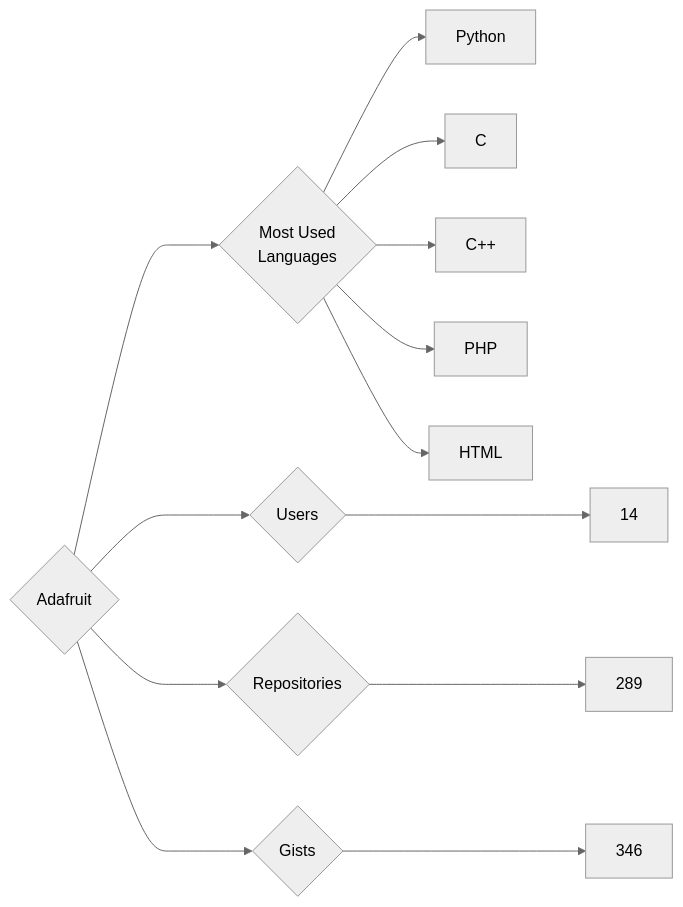
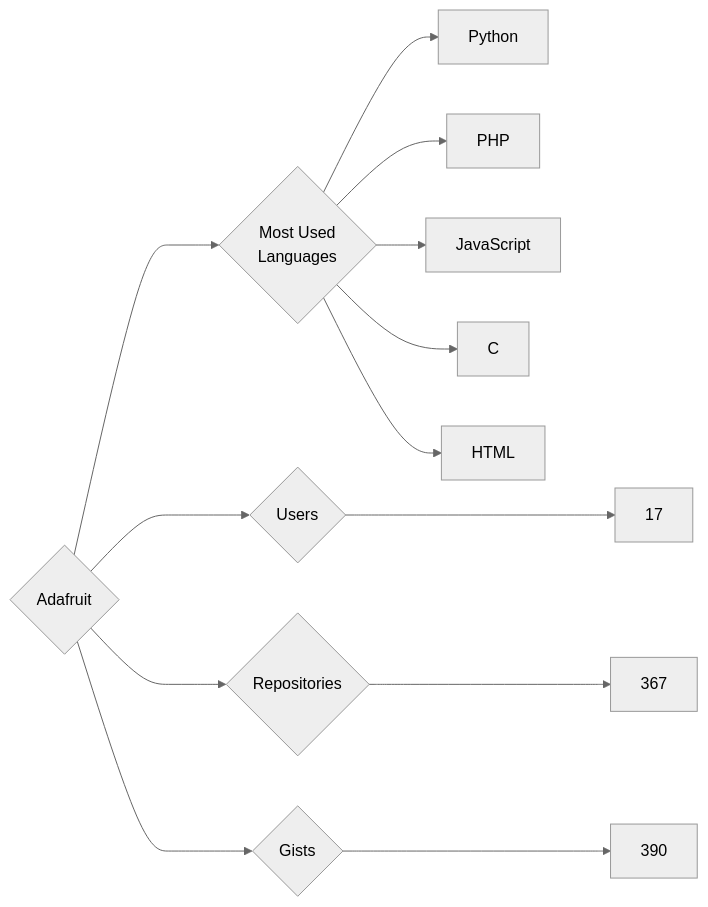
The diagram in targets/Adafruit/README.md (trickest/insiders), drawn with Mermaid (neutral theme) before and after one commit. The commit also changed 610 other files, not shown here.

````diff
--- a/targets/Adafruit/README.md
+++ b/targets/Adafruit/README.md
@@ -3,13 +3,13 @@
 ```mermaid
 graph LR
 COMPANY_NAME{Adafruit}
-COMPANY_NAME ---> U{Users} ---> UN[14]
-COMPANY_NAME ---> R{Repositories} ---> RN[289]
-COMPANY_NAME ---> G{Gists} ---> GN[346]
+COMPANY_NAME ---> U{Users} ---> UN[17]
+COMPANY_NAME ---> R{Repositories} ---> RN[367]
+COMPANY_NAME ---> G{Gists} ---> GN[390]
 COMPANY_NAME ---> ML{Most Used<br>Languages}
 ML --> Python[Python]
+ML --> PHP[PHP]
+ML --> JavaScript[JavaScript]
 ML --> C[C]
-ML --> C++[C++]
-ML --> PHP[PHP]
 ML --> HTML[HTML]
 ```
````
